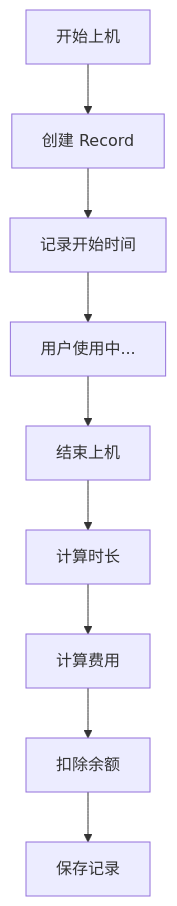
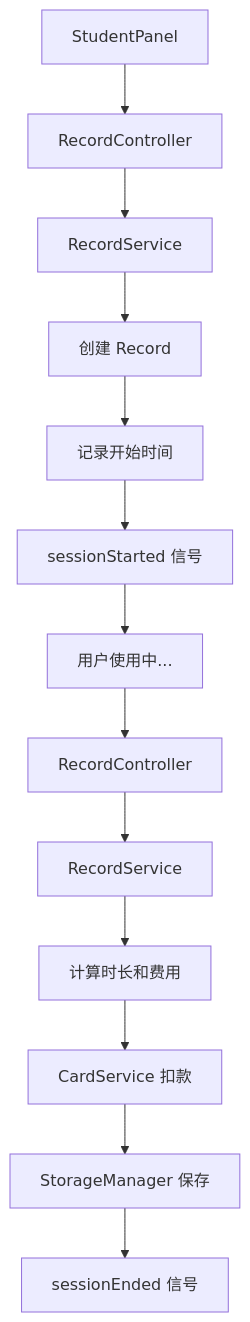
One commit to AstroAir/software-design changed the fourth of 4 diagrams in docs/architecture/overview.md. Above: the diagram before and after it, drawn with Mermaid. The commit also changed other lines of this file and 6 other files, not shown here.

Commit message:
Update documentation to reflect MVC architecture refactoring, rename managers to services/controllers, and reorganize API reference structure

````diff
--- a/docs/architecture/overview.md
+++ b/docs/architecture/overview.md
@@ -138,11 +193,15 @@
 ```mermaid
 flowchart TB
-    A[开始上机] --> B[创建 Record]
-    B --> C[记录开始时间]
-    C --> D[用户使用中...]
-    D --> E[结束上机]
-    E --> F[计算时长]
-    F --> G[计算费用]
-    G --> H[扣除余额]
-    H --> I[保存记录]
+    A[StudentPanel] --> B[RecordController]
+    B --> C[RecordService]
+    C --> D[创建 Record]
+    D --> E[记录开始时间]
+    E --> F[sessionStarted 信号]
+    F --> G[用户使用中...]
+    G --> H[RecordController]
+    H --> I[RecordService]
+    I --> J[计算时长和费用]
+    J --> K[CardService 扣款]
+    K --> L[StorageManager 保存]
+    L --> M[sessionEnded 信号]
 ```
````
